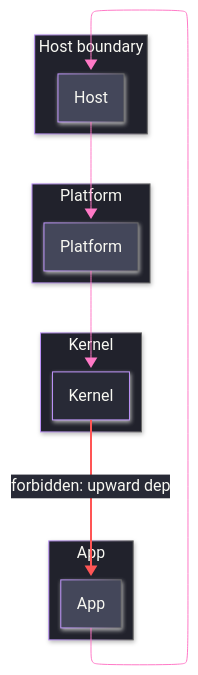
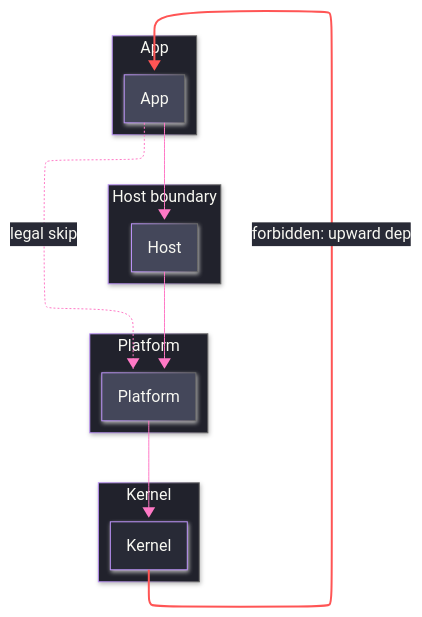
The diagram in .claude/skills/mermaid-diagramming/templates/strata.mmd.md (bsamiee/Rasm), drawn with Mermaid before and after one commit. The commit also changed other lines of this file and 38 other files, not shown here.

````diff
--- a/.claude/skills/mermaid-diagramming/templates/strata.mmd.md
+++ b/.claude/skills/mermaid-diagramming/templates/strata.mmd.md
@@ -5,42 +5,43 @@
 ```mermaid
 ---
 config:
   layout: elk
   look: neo
   theme: base
   themeVariables:
     darkMode: true
     background: "#282A36"
     primaryColor: "#44475A"
     primaryTextColor: "#F8F8F2"
     primaryBorderColor: "#BD93F9"
     lineColor: "#FF79C6"
     textColor: "#F8F8F2"
     clusterBkg: "#21222C"
     clusterBorder: "#6272A4"
     edgeLabelBackground: "#282A36"
     titleColor: "#F8F8F2"
 ---
 flowchart TB
     accTitle: Stratum dependency law
-    accDescr: Four stacked strata with downward-only dependency edges and one forbidden upward edge styled red and marked prohibited.
+    accDescr: Four stacked strata with downward-only dependency edges, one dashed legal skip edge, and one forbidden upward edge styled red and marked prohibited.
     subgraph L4[App]
         App[App]
     end
     subgraph L3[Host boundary]
         Host[Host]
     end
     subgraph L2[Platform]
         Platform[Platform]
     end
     subgraph L1[Kernel]
         Kernel[Kernel]
     end
     App --> Host
     Host --> Platform
     Platform --> Kernel
+    App -.->|legal skip| Platform
     Kernel -->|forbidden: upward dep| App
-    linkStyle 3 stroke:#FF5555,stroke-width:2px,color:#FF5555
+    linkStyle 4 stroke:#FF5555,stroke-width:2px,color:#FF5555
     classDef boundary fill:#282A36,stroke:#BD93F9,color:#F8F8F2
     class Kernel boundary
 ```
````
